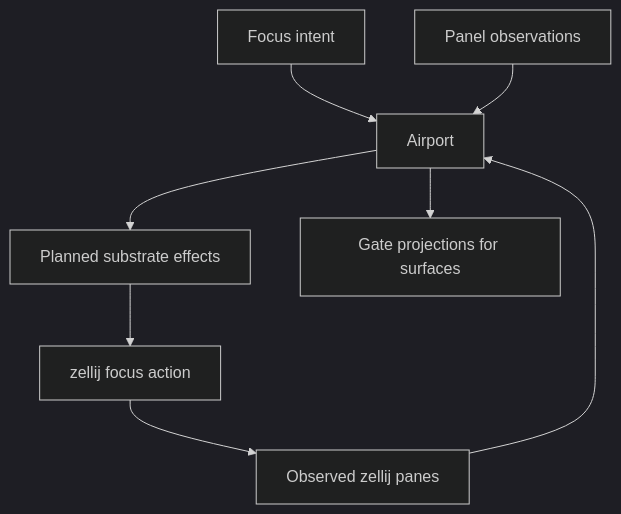
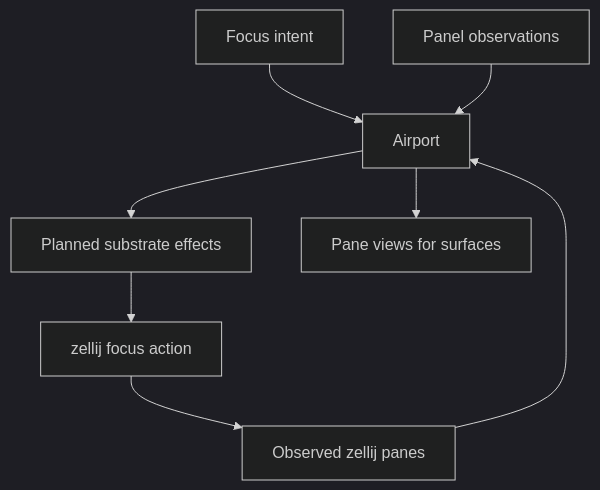
One commit to Flying-Pillow/open-mission changed the diagram in docs/architecture/airport-control-plane.md. Above: the diagram before and after it, drawn with Mermaid (dark theme). The commit also changed other lines of this file and 124 other files, not shown here.

````diff
--- a/docs/architecture/airport-control-plane.md
+++ b/docs/architecture/airport-control-plane.md
@@ -60,10 +60,10 @@
 ```mermaid
 flowchart TD
     Intent[Focus intent] --> Airport
     Clients[Panel observations] --> Airport
     Substrate[Observed zellij panes] --> Airport
     Airport --> Effects[Planned substrate effects]
     Effects --> Zellij[zellij focus action]
     Zellij --> Substrate
-    Airport --> Projections[Gate projections for surfaces]
+    Airport --> Views[Pane views for surfaces]
 ```
````
